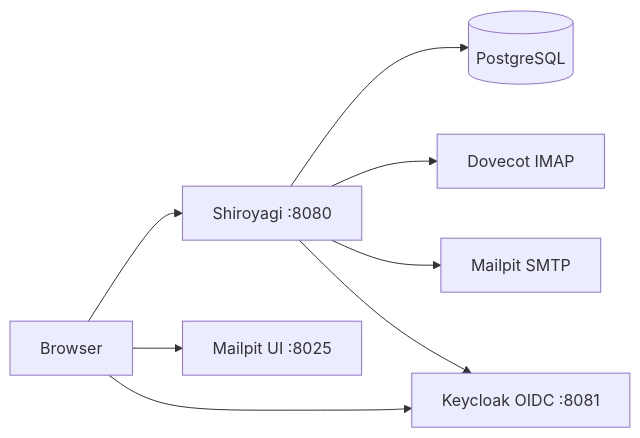
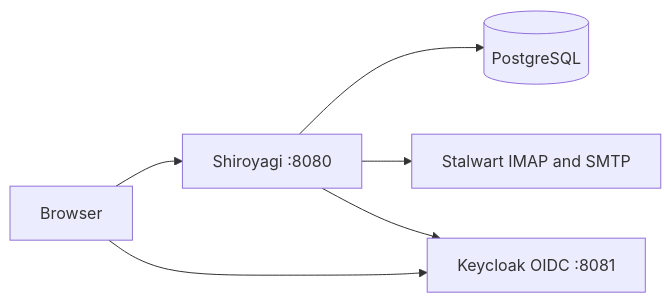
The diagram in README.md (takayoshiotake/shiroyagi), drawn with Mermaid before and after one commit. The commit also changed other lines of this file and 15 other files, not shown here.

````diff
--- a/README.md
+++ b/README.md
@@ -65,10 +65,8 @@
 ```mermaid
 flowchart LR
   browser[Browser] --> web[Shiroyagi :8080]
   web --> postgres[(PostgreSQL)]
-  web --> dovecot[Dovecot IMAP]
-  web --> mailpit[Mailpit SMTP]
+  web --> stalwart[Stalwart IMAP and SMTP]
   web --> keycloak[Keycloak OIDC :8081]
   browser --> keycloak
-  browser --> mailpitUI[Mailpit UI :8025]
 ```
````
